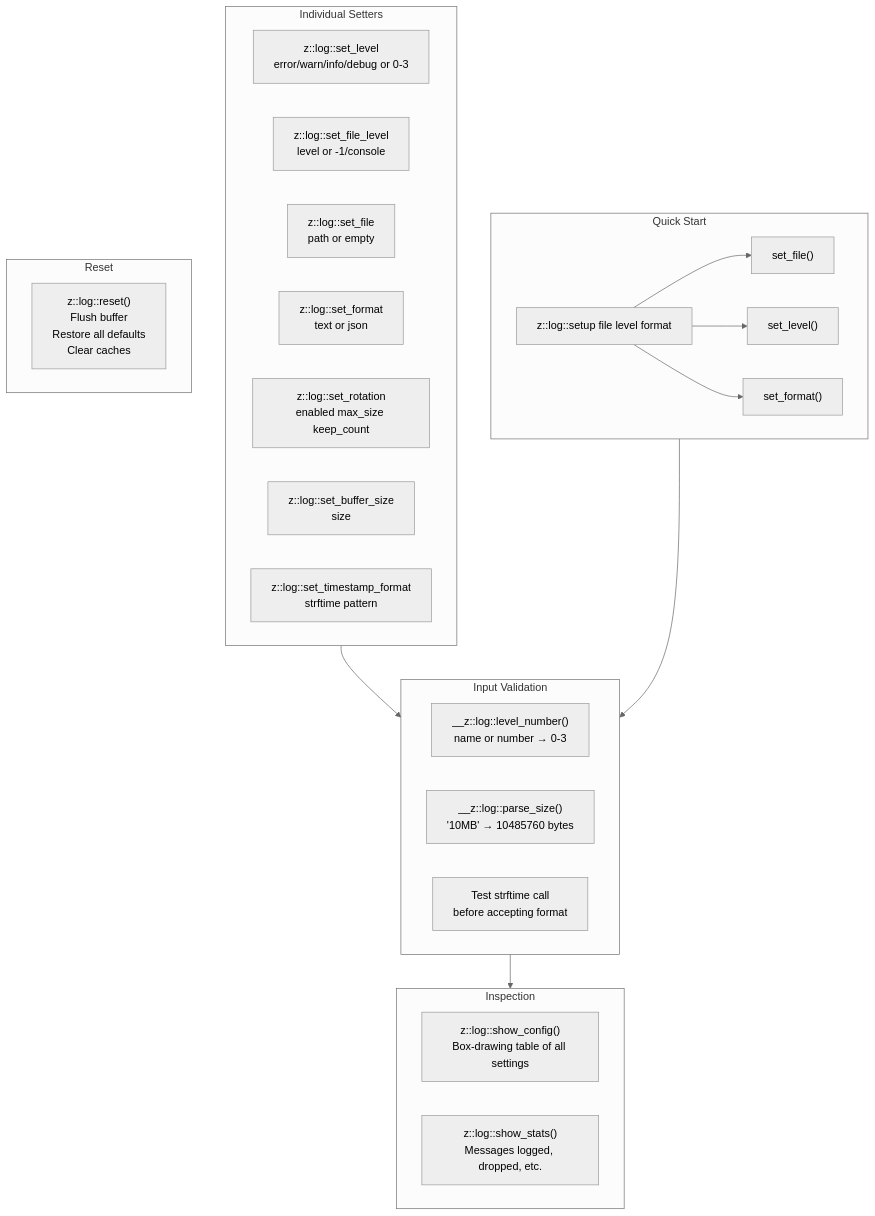
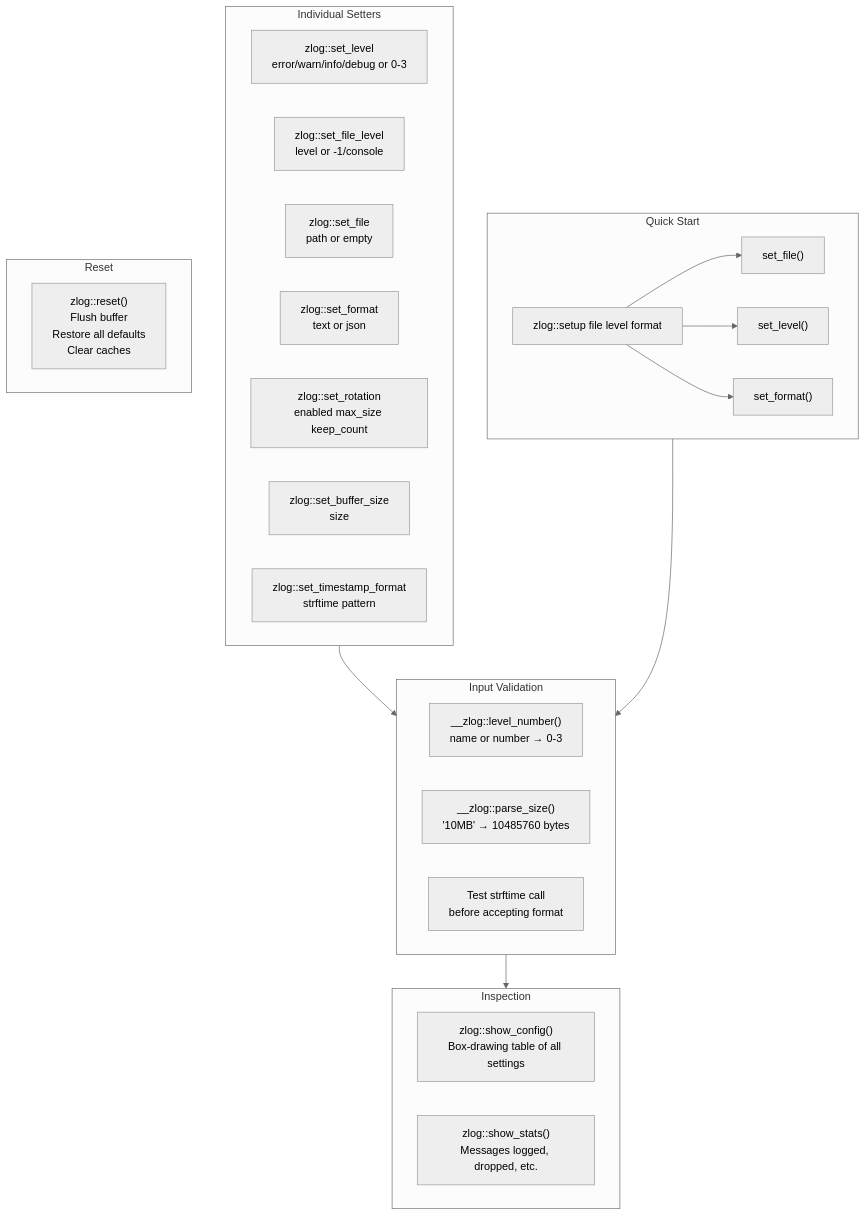
Diagram 17 of 20 in docs/architecture.md (Khodaparastan/zsh-log), drawn with Mermaid (neutral theme) before and after one commit. The commit also changed other lines of this file and 14 other files, not shown here.

First line of the commit message:
update function prefixes from z::log:: to zlog:: in documentation and examples

````diff
--- a/docs/architecture.md
+++ b/docs/architecture.md
@@ -823,38 +823,38 @@
 ```mermaid
 flowchart TD
     subgraph QuickStart["Quick Start"]
-        Setup["z::log::setup file level format"]
+        Setup["zlog::setup file level format"]
         Setup --> SF["set_file()"]
         Setup --> SL["set_level()"]
         Setup --> SFmt["set_format()"]
     end
 
     subgraph Individual["Individual Setters"]
-        SL2["z::log::set_level\nerror/warn/info/debug or 0-3"]
-        SFL["z::log::set_file_level\nlevel or -1/console"]
-        SFile["z::log::set_file\npath or empty"]
-        SFmt2["z::log::set_format\ntext or json"]
-        SRot["z::log::set_rotation\nenabled max_size keep_count"]
-        SBuf["z::log::set_buffer_size\nsize"]
-        STS["z::log::set_timestamp_format\nstrftime pattern"]
+        SL2["zlog::set_level\nerror/warn/info/debug or 0-3"]
+        SFL["zlog::set_file_level\nlevel or -1/console"]
+        SFile["zlog::set_file\npath or empty"]
+        SFmt2["zlog::set_format\ntext or json"]
+        SRot["zlog::set_rotation\nenabled max_size keep_count"]
+        SBuf["zlog::set_buffer_size\nsize"]
+        STS["zlog::set_timestamp_format\nstrftime pattern"]
     end
 
     subgraph Validation["Input Validation"]
-        LV["__z::log::level_number()\nname or number → 0-3"]
-        SV["__z::log::parse_size()\n'10MB' → 10485760 bytes"]
+        LV["__zlog::level_number()\nname or number → 0-3"]
+        SV["__zlog::parse_size()\n'10MB' → 10485760 bytes"]
         FV["Test strftime call\nbefore accepting format"]
     end
 
     subgraph Output["Inspection"]
-        Show["z::log::show_config()\nBox-drawing table of all settings"]
-        Stats["z::log::show_stats()\nMessages logged, dropped, etc."]
+        Show["zlog::show_config()\nBox-drawing table of all settings"]
+        Stats["zlog::show_stats()\nMessages logged, dropped, etc."]
     end
 
     subgraph Reset["Reset"]
-        Rst["z::log::reset()\nFlush buffer\nRestore all defaults\nClear caches"]
+        Rst["zlog::reset()\nFlush buffer\nRestore all defaults\nClear caches"]
     end
 
     Individual --> Validation
     QuickStart --> Validation
     Validation --> Output
 ```
````
